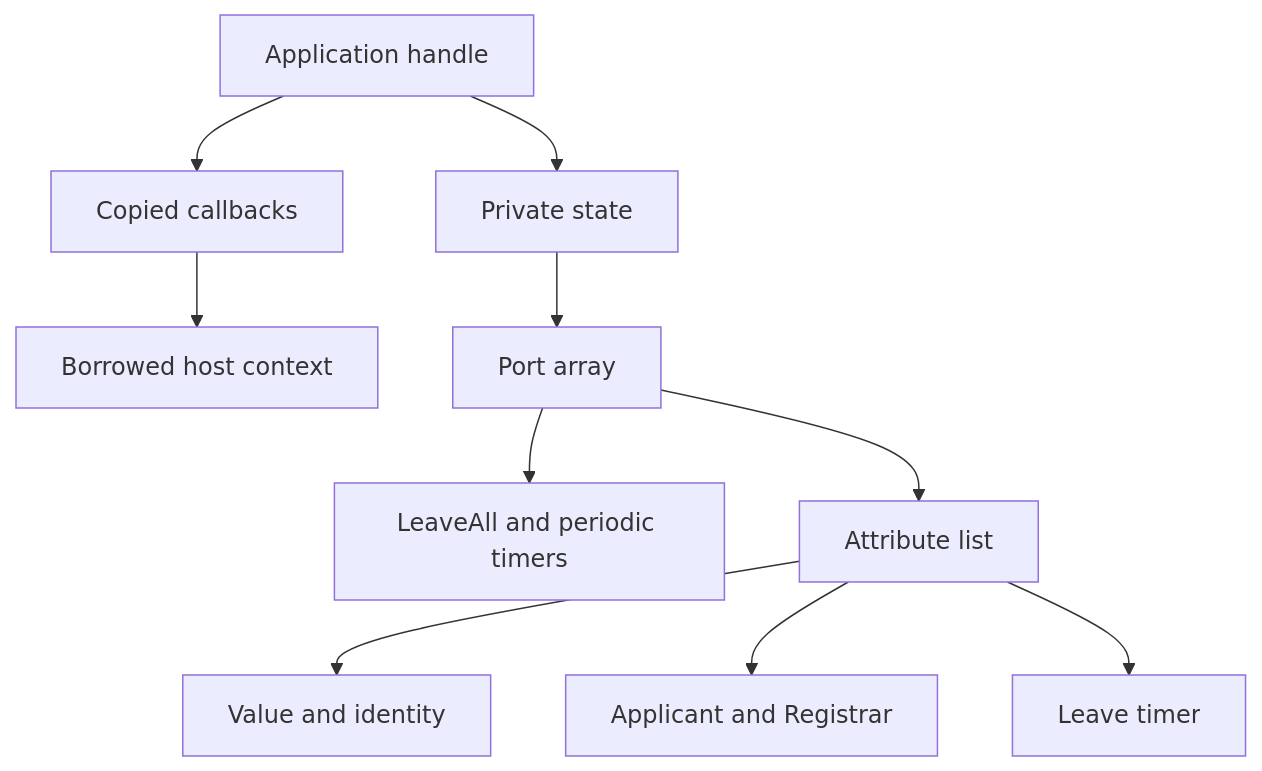
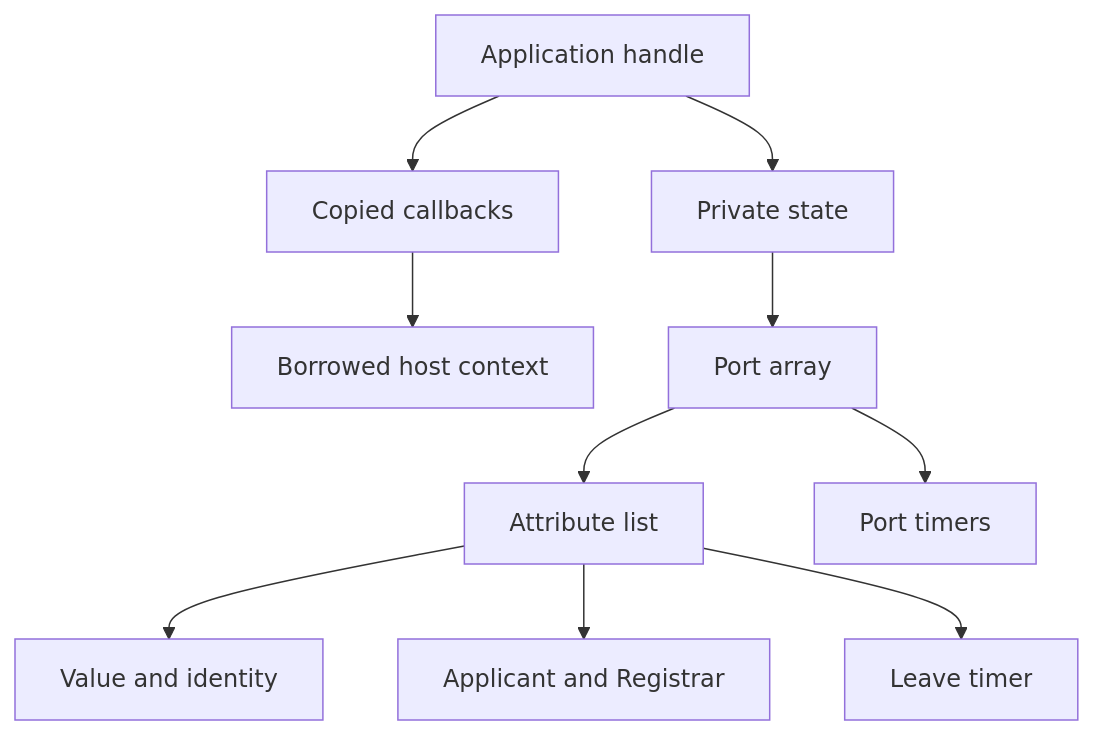
One commit to kebag-logic/lwSRP changed the first of 8 diagrams in doc/developer.md. Above: the diagram before and after it, drawn with Mermaid. The commit also changed other lines of this file and 8 other files, not shown here.

```diff
--- a/doc/developer.md
+++ b/doc/developer.md
@@ -28,12 +29,12 @@
 ~~~mermaid
 flowchart TD
     App[Application handle] --> Ops[Copied callbacks]
     Ops --> Context[Borrowed host context]
     App --> Private[Private state]
     Private --> Port[Port array]
-    Port --> Timers[LeaveAll and periodic timers]
     Port --> List[Attribute list]
+    Port --> Timers[Port timers]
     List --> Value[Value and identity]
     List --> Machines[Applicant and Registrar]
     List --> Leave[Leave timer]
 ~~~
```
